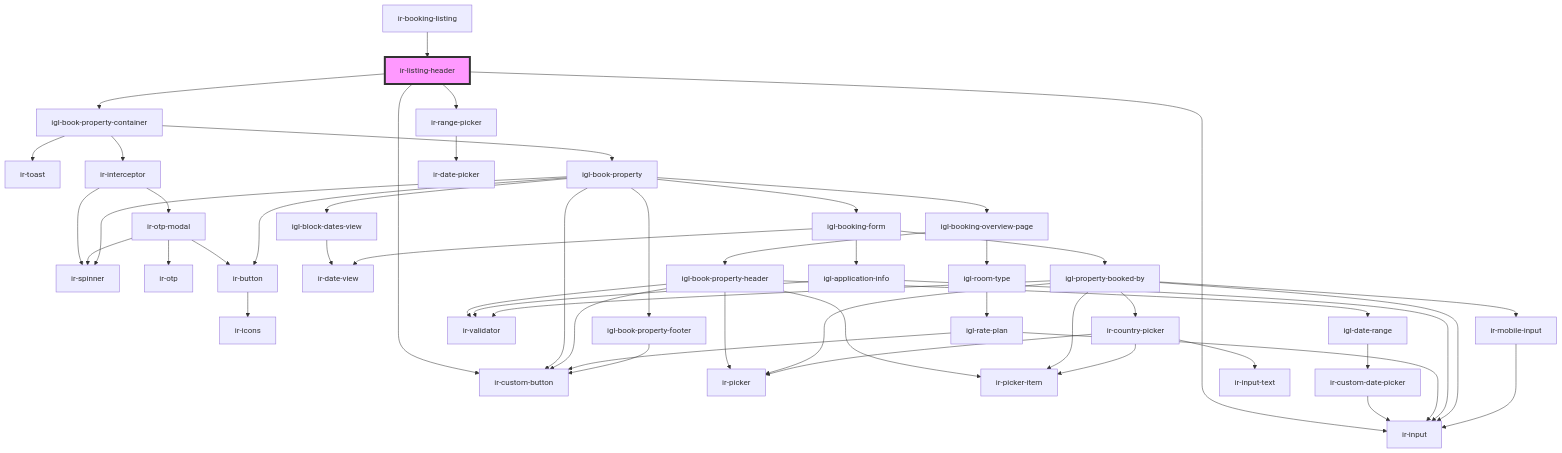
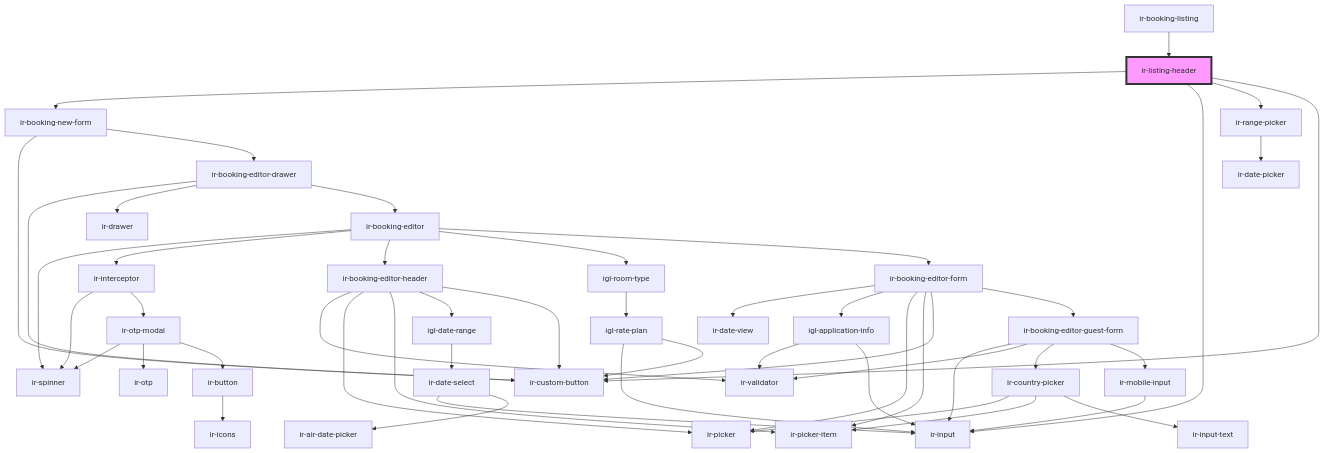
Before and after one commit to RonyRizk/ir-webcmp: the diagram in src/components/ir-booking-listing/ir-listing-header/readme.md, drawn with Mermaid. The commit also changed other lines of this file and 235 other files, not shown here.

````diff
--- a/src/components/ir-booking-listing/ir-listing-header/readme.md
+++ b/src/components/ir-booking-listing/ir-listing-header/readme.md
@@ -38,55 +36,53 @@
 ```mermaid
 graph TD;
-  ir-listing-header --> igl-book-property-container
-  ir-listing-header --> ir-custom-button
+  ir-listing-header --> ir-booking-new-form
   ir-listing-header --> ir-input
   ir-listing-header --> ir-range-picker
-  igl-book-property-container --> ir-toast
-  igl-book-property-container --> ir-interceptor
-  igl-book-property-container --> igl-book-property
+  ir-listing-header --> ir-custom-button
+  ir-booking-new-form --> ir-custom-button
+  ir-booking-new-form --> ir-booking-editor-drawer
+  ir-booking-editor-drawer --> ir-custom-button
+  ir-booking-editor-drawer --> ir-drawer
+  ir-booking-editor-drawer --> ir-booking-editor
+  ir-booking-editor --> ir-spinner
+  ir-booking-editor --> ir-interceptor
+  ir-booking-editor --> ir-booking-editor-header
+  ir-booking-editor --> igl-room-type
+  ir-booking-editor --> ir-booking-editor-form
   ir-interceptor --> ir-spinner
   ir-interceptor --> ir-otp-modal
   ir-otp-modal --> ir-spinner
   ir-otp-modal --> ir-otp
   ir-otp-modal --> ir-button
   ir-button --> ir-icons
-  igl-book-property --> igl-block-dates-view
-  igl-book-property --> ir-spinner
-  igl-book-property --> ir-custom-button
-  igl-book-property --> igl-booking-overview-page
-  igl-book-property --> igl-booking-form
-  igl-book-property --> ir-button
-  igl-book-property --> igl-book-property-footer
-  igl-block-dates-view --> ir-date-view
-  igl-booking-overview-page --> igl-book-property-header
-  igl-booking-overview-page --> igl-room-type
-  igl-book-property-header --> ir-picker
-  igl-book-property-header --> ir-picker-item
-  igl-book-property-header --> ir-validator
-  igl-book-property-header --> igl-date-range
-  igl-book-property-header --> ir-custom-button
-  igl-date-range --> ir-custom-date-picker
-  ir-custom-date-picker --> ir-input
+  ir-booking-editor-header --> ir-validator
+  ir-booking-editor-header --> ir-picker
+  ir-booking-editor-header --> ir-picker-item
+  ir-booking-editor-header --> igl-date-range
+  ir-booking-editor-header --> ir-custom-button
+  igl-date-range --> ir-date-select
+  ir-date-select --> ir-input
+  ir-date-select --> ir-air-date-picker
   igl-room-type --> igl-rate-plan
   igl-rate-plan --> ir-input
   igl-rate-plan --> ir-custom-button
-  igl-booking-form --> ir-date-view
-  igl-booking-form --> igl-application-info
-  igl-booking-form --> igl-property-booked-by
+  ir-booking-editor-form --> ir-date-view
+  ir-booking-editor-form --> igl-application-info
+  ir-booking-editor-form --> ir-picker
+  ir-booking-editor-form --> ir-picker-item
+  ir-booking-editor-form --> ir-custom-button
+  ir-booking-editor-form --> ir-booking-editor-guest-form
   igl-application-info --> ir-validator
   igl-application-info --> ir-input
-  igl-property-booked-by --> ir-picker
-  igl-property-booked-by --> ir-picker-item
-  igl-property-booked-by --> ir-validator
-  igl-property-booked-by --> ir-input
-  igl-property-booked-by --> ir-country-picker
-  igl-property-booked-by --> ir-mobile-input
+  ir-booking-editor-guest-form --> ir-input
+  ir-booking-editor-guest-form --> ir-validator
+  ir-booking-editor-guest-form --> ir-country-picker
+  ir-booking-editor-guest-form --> ir-mobile-input
   ir-country-picker --> ir-picker
   ir-country-picker --> ir-picker-item
   ir-country-picker --> ir-input-text
   ir-mobile-input --> ir-input
-  igl-book-property-footer --> ir-custom-button
   ir-range-picker --> ir-date-picker
   ir-booking-listing --> ir-listing-header
   style ir-listing-header fill:#f9f,stroke:#333,stroke-width:4px
 ```
````
